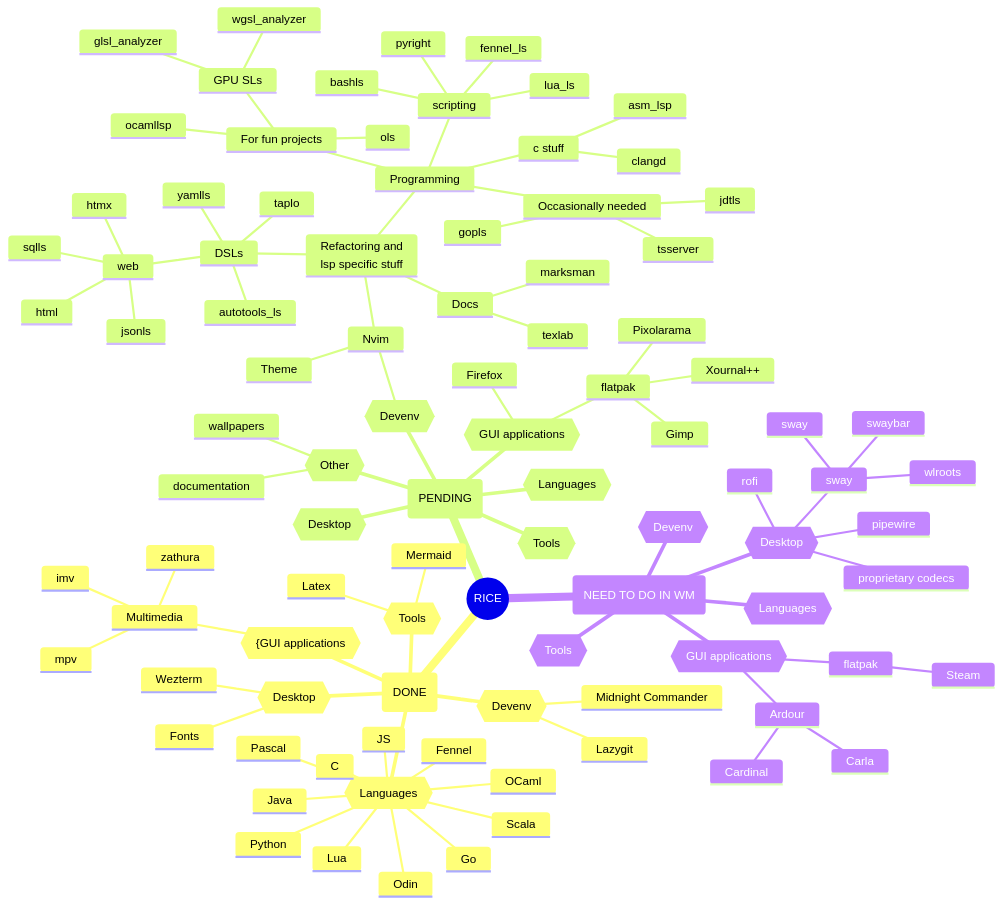
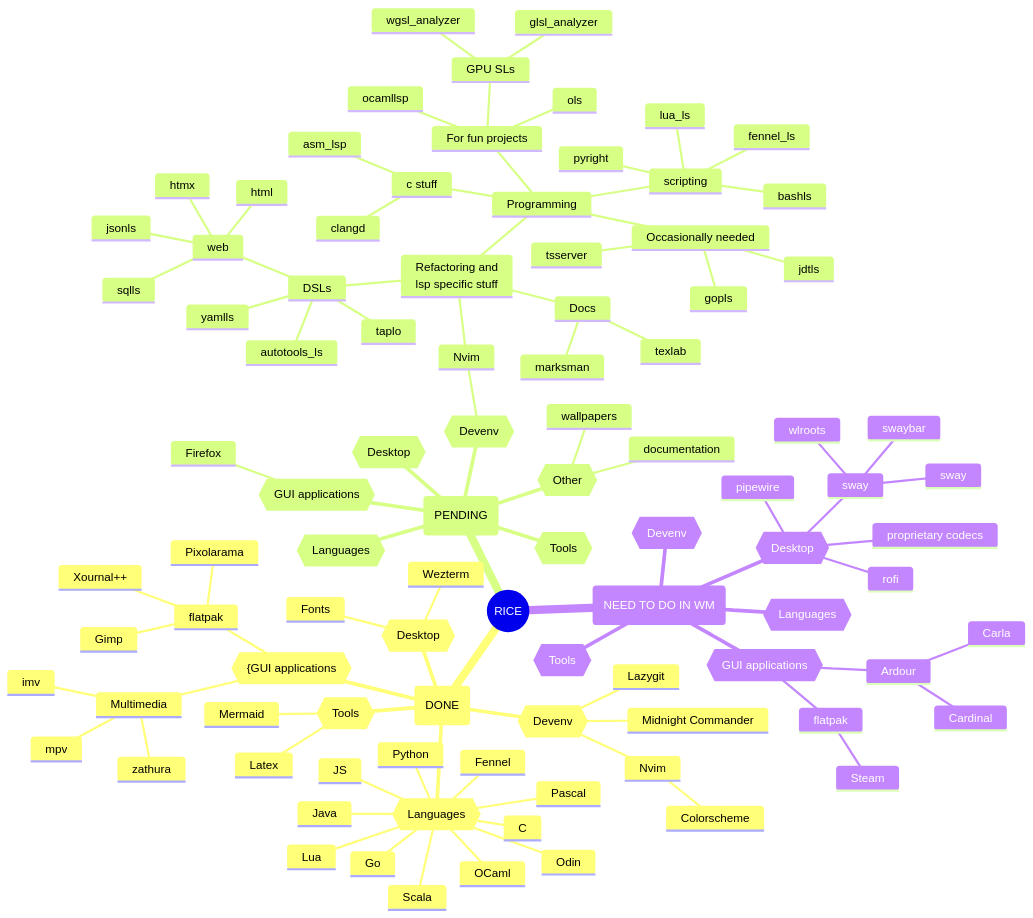
The diagram in docs/src/map.mmd (sebhajek/dotfiles), drawn with Mermaid before and after one commit.

Commit message:
updated todo

```diff
--- a/docs/src/map.mmd
+++ b/docs/src/map.mmd
@@ -1,95 +1,96 @@
 mindmap
 ((RICE))
   (DONE)
     {{Languages}}
       Lua 
       Fennel
       Python
       Scala
       Pascal
       C
       Odin
       Java
       JS
       OCaml
       Go
     {{Tools}}
       Mermaid
       Latex
     {{Devenv}}
+      Nvim
+        Colorscheme
       Lazygit
       Midnight Commander
     {{Desktop}}
       Wezterm
       Fonts
     {{{GUI applications}}
       Multimedia
         mpv
         imv
-        zathura 
+        zathura
+      flatpak
+        Pixolarama
+        Xournal++
+        Gimp
   (PENDING)
     {{Languages}}
     {{Tools}}
     {{Devenv}}
       Nvim
         Refactoring and<br/>lsp specific stuff
           DSLs
             autotools_ls
             web
               html
               htmx
               jsonls
               sqlls
             taplo
             yamlls
           Programming
             For fun projects
               ocamllsp
               ols
               GPU SLs
                 glsl_analyzer
                 wgsl_analyzer
             scripting
               bashls  
               fennel_ls
               lua_ls
               pyright
             c stuff
-              asm_lsp  
+              asm_lsp
               clangd
             Occasionally needed
               gopls
               jdtls
               tsserver
           Docs
-            marksman  
+            marksman
             texlab
-        Theme
     {{Desktop}}
     {{GUI applications}}
       Firefox
-      flatpak
-        Pixolarama
-        Xournal++
-        Gimp
-    {{Other}}  
+    {{Other}}
       wallpapers
       documentation
   (NEED TO DO IN WM)
     {{Desktop}}
       sway
         swaybar
         wlroots
         sway
       rofi
       pipewire
       proprietary codecs
     {{GUI applications}}
       flatpak
         Steam
       Ardour
         Carla
         Cardinal
     {{Languages}}
     {{Tools}}
     {{Devenv}}
```
